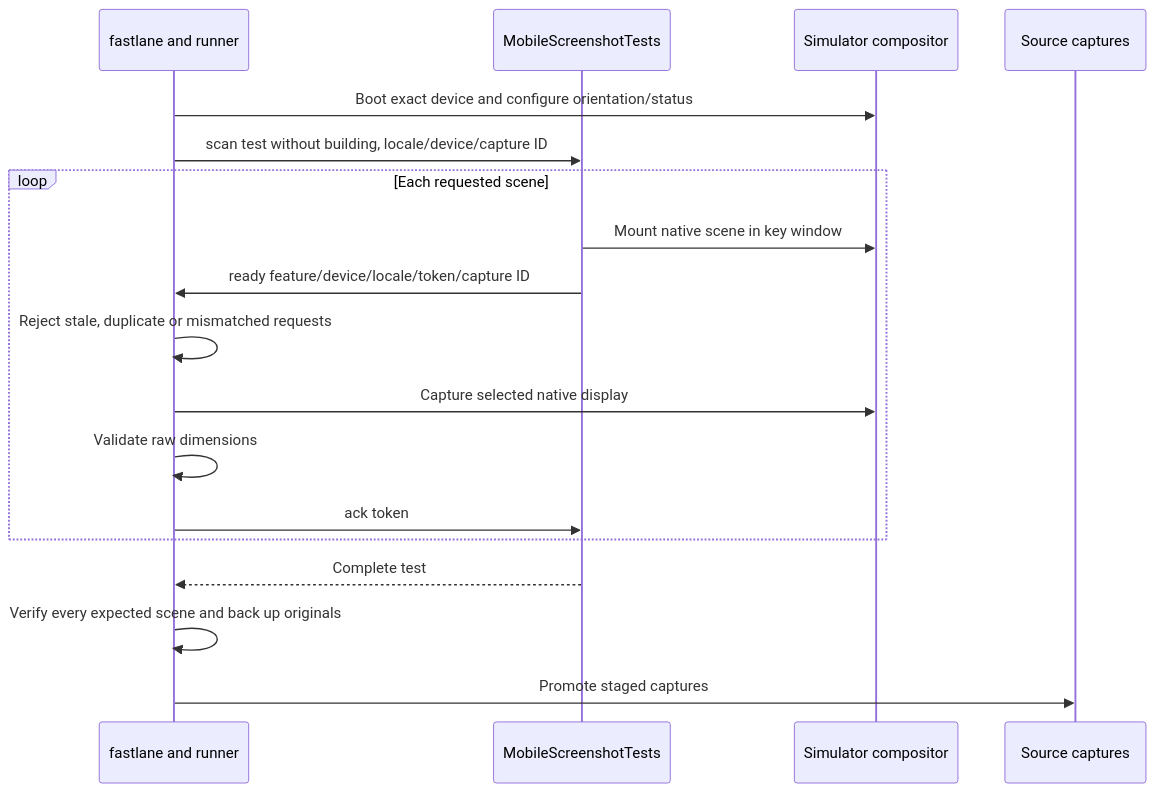
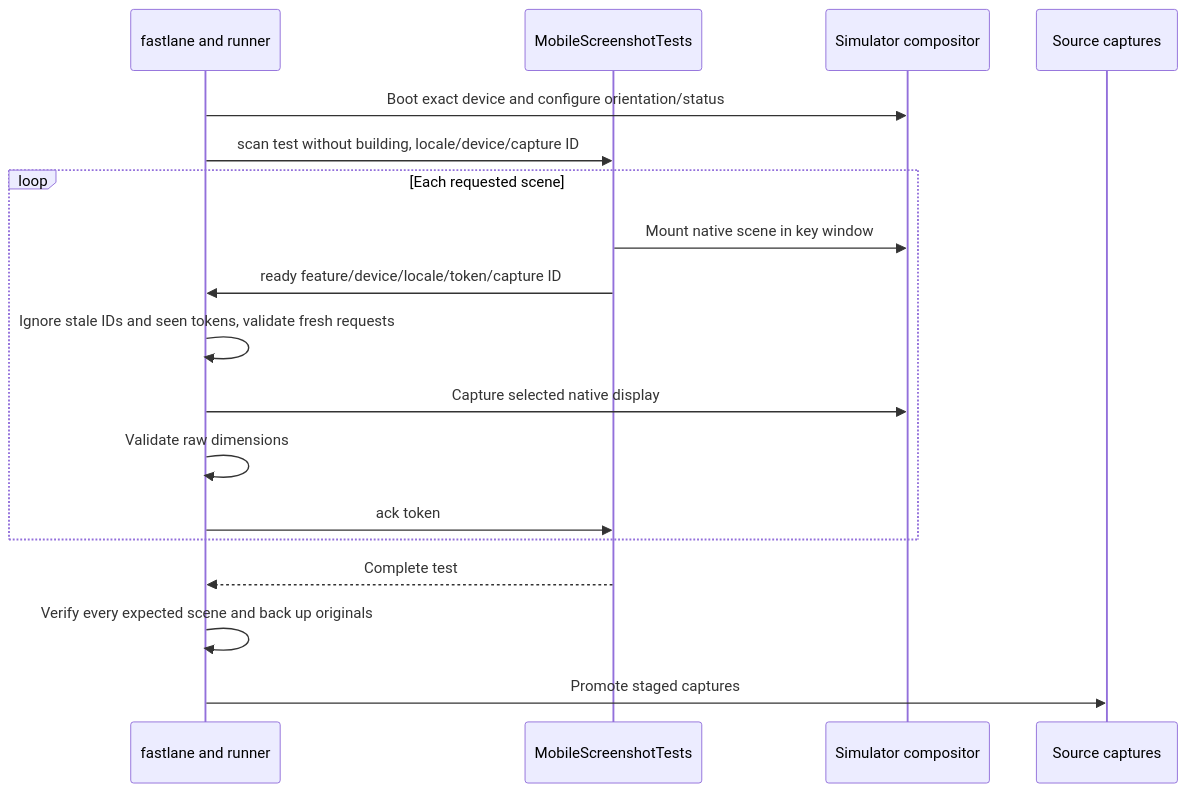
The second of 2 diagrams in openwiki/operations/marketing-assets-and-app-icons.md (AkinoKaede/Termind), drawn with Mermaid before and after one commit. The commit also changed other lines of this file and 57 other files, not shown here.

````diff
--- a/openwiki/operations/marketing-assets-and-app-icons.md
+++ b/openwiki/operations/marketing-assets-and-app-icons.md
@@ -200,20 +200,20 @@
 ```mermaid
 sequenceDiagram
     participant Lane as fastlane and runner
     participant Test as MobileScreenshotTests
     participant System as Simulator compositor
     participant Assets as Source captures
     Lane->>System: Boot exact device and configure orientation/status
     Lane->>Test: scan test without building, locale/device/capture ID
     loop Each requested scene
         Test->>System: Mount native scene in key window
         Test->>Lane: ready feature/device/locale/token/capture ID
-        Lane->>Lane: Reject stale, duplicate or mismatched requests
+        Lane->>Lane: Ignore stale IDs and seen tokens, validate fresh requests
         Lane->>System: Capture selected native display
         Lane->>Lane: Validate raw dimensions
         Lane->>Test: ack token
     end
     Test-->>Lane: Complete test
     Lane->>Lane: Verify every expected scene and back up originals
     Lane->>Assets: Promote staged captures
 ```
````
